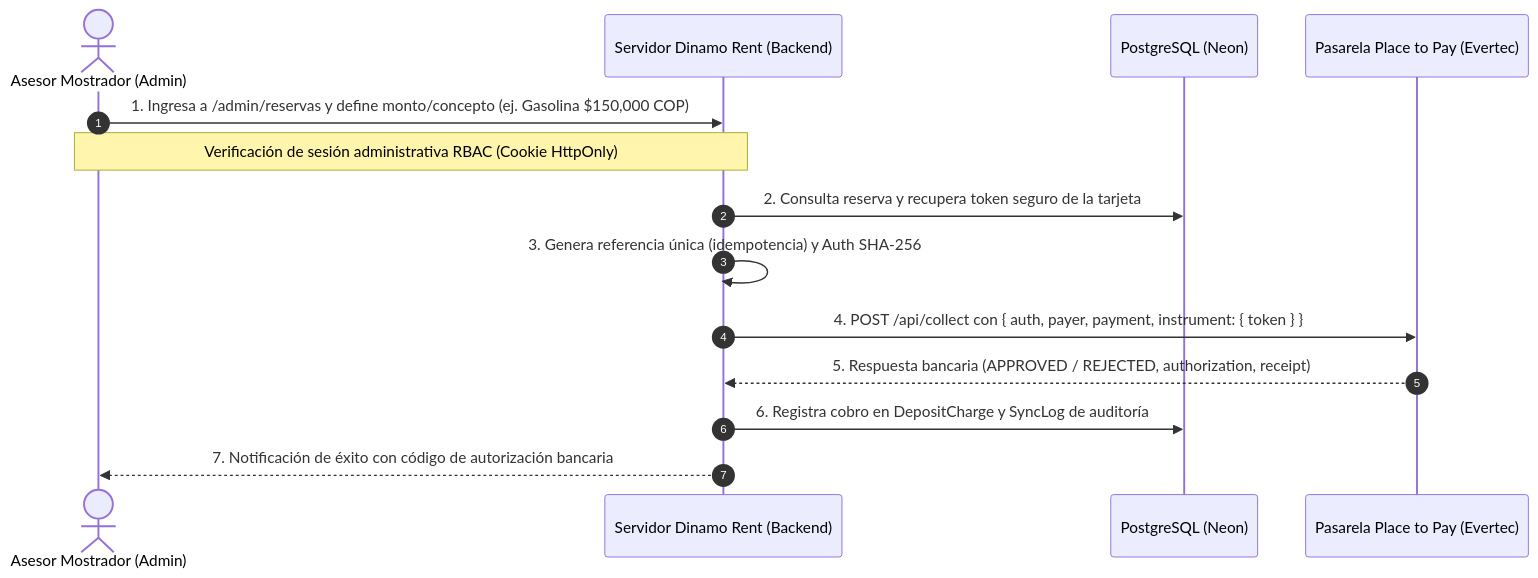
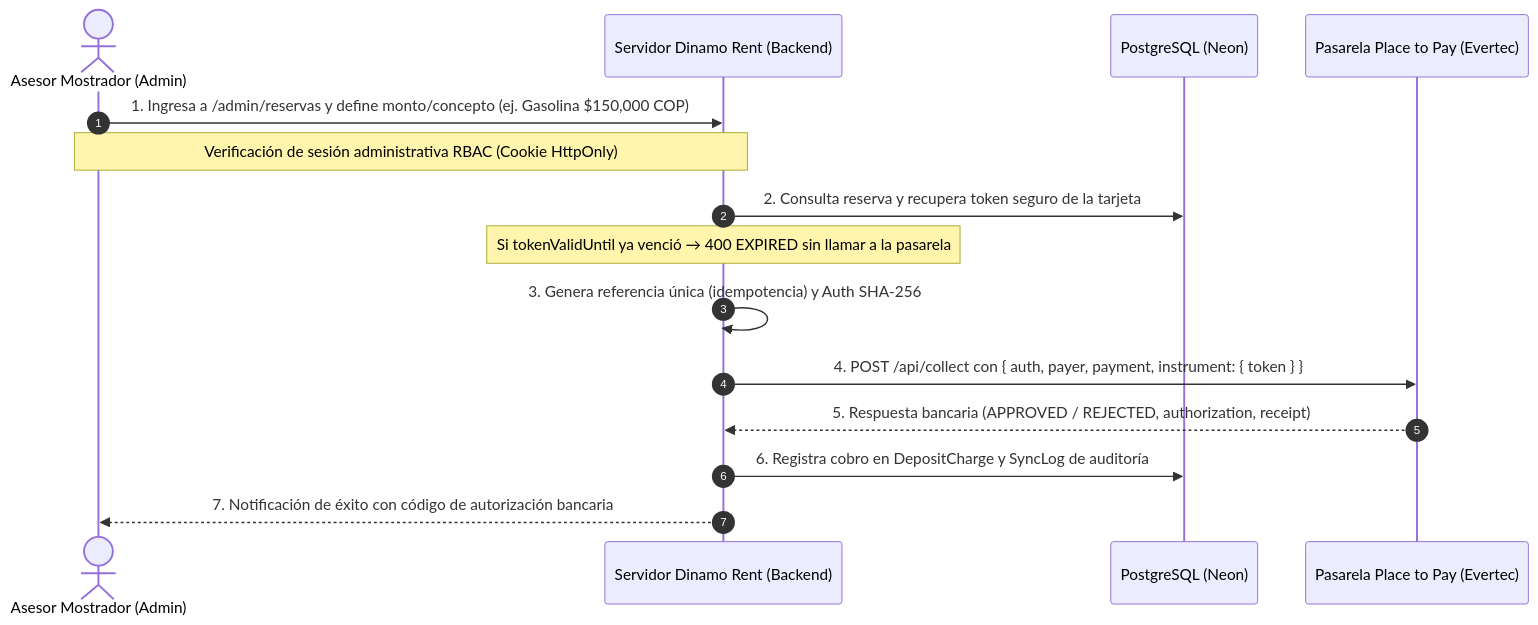
One commit to CORJAR-Computers/dinamo_rent_web changed the second of 2 diagrams in docs/DOCUMENTO_TECNICO_PLACETOPAY.md. Above: the diagram before and after it, drawn with Mermaid. The commit also changed other lines of this file and 8 other files, not shown here.

````diff
--- a/docs/DOCUMENTO_TECNICO_PLACETOPAY.md
+++ b/docs/DOCUMENTO_TECNICO_PLACETOPAY.md
@@ -118,17 +118,18 @@
 ```mermaid
 sequenceDiagram
     autonumber
     actor Admin as Asesor Mostrador (Admin)
     participant Dinamo as Servidor Dinamo Rent (Backend)
     participant Neon as PostgreSQL (Neon)
     participant P2P as Pasarela Place to Pay (Evertec)
 
     Admin->>Dinamo: 1. Ingresa a /admin/reservas y define monto/concepto (ej. Gasolina $150,000 COP)
     Note over Admin,Dinamo: Verificación de sesión administrativa RBAC (Cookie HttpOnly)
     Dinamo->>Neon: 2. Consulta reserva y recupera token seguro de la tarjeta
+    Note over Dinamo: Si tokenValidUntil ya venció → 400 EXPIRED sin llamar a la pasarela
     Dinamo->>Dinamo: 3. Genera referencia única (idempotencia) y Auth SHA-256
     Dinamo->>P2P: 4. POST /api/collect con { auth, payer, payment, instrument: { token } }
     P2P-->>Dinamo: 5. Respuesta bancaria (APPROVED / REJECTED, authorization, receipt)
     Dinamo->>Neon: 6. Registra cobro en DepositCharge y SyncLog de auditoría
     Dinamo-->>Admin: 7. Notificación de éxito con código de autorización bancaria
 ```
````
